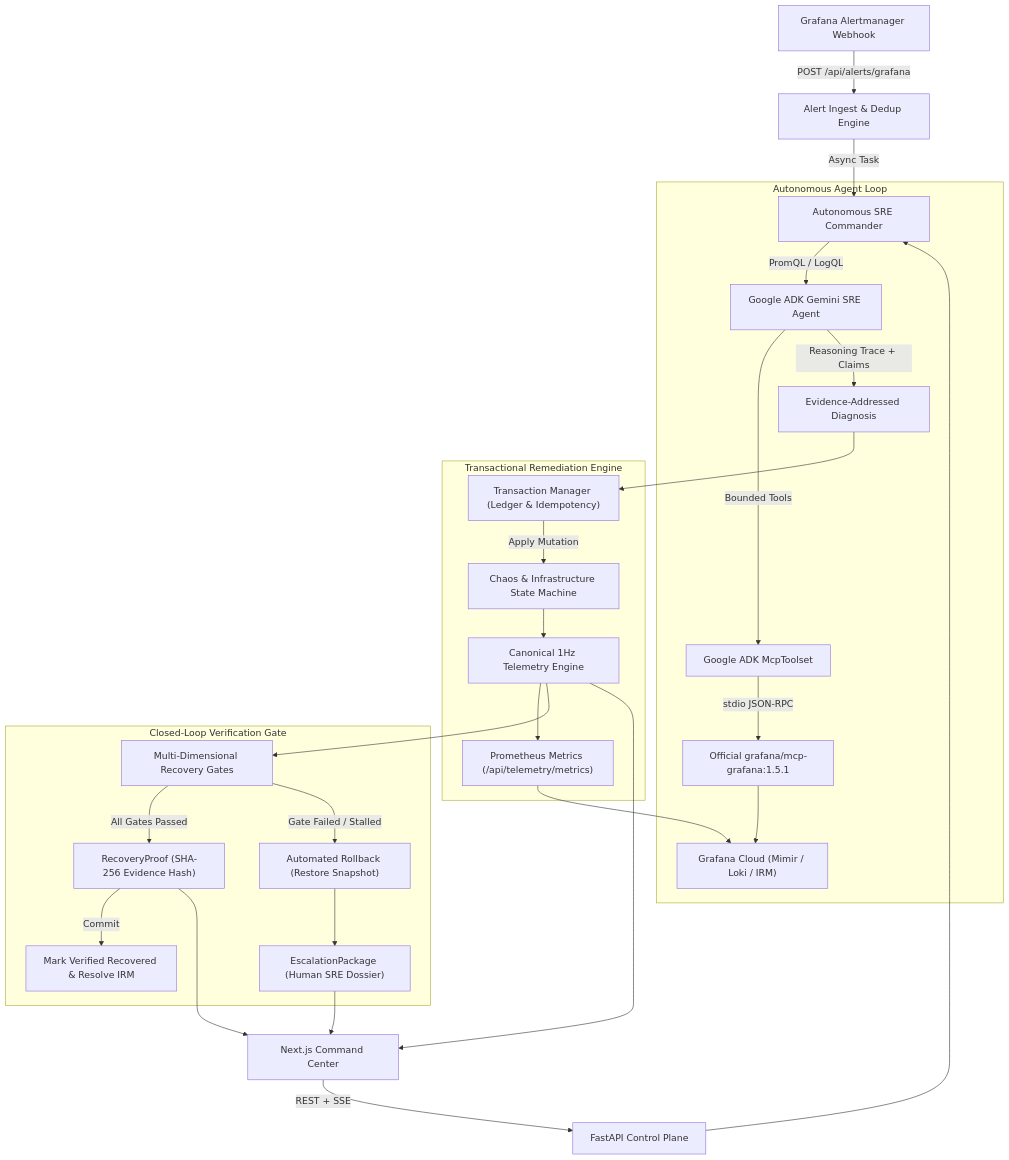
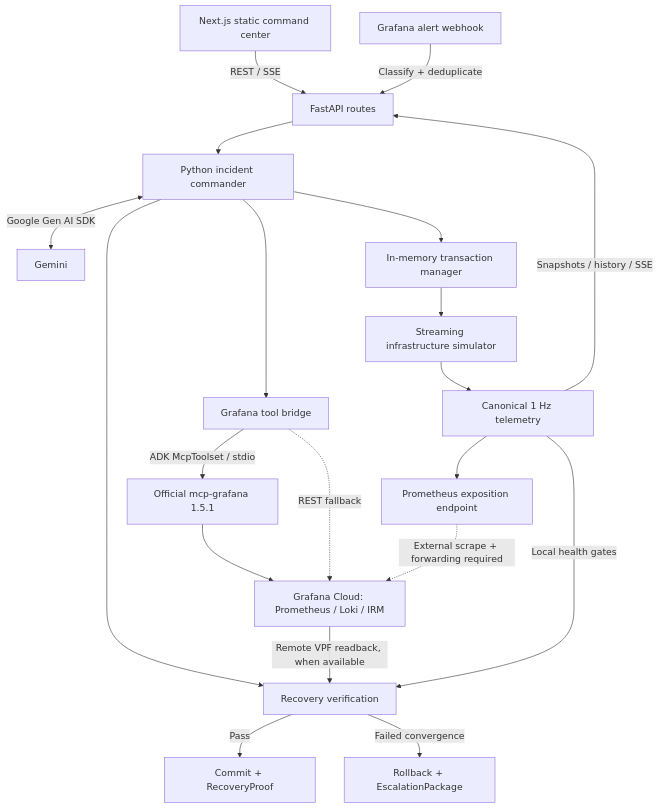
One commit to bobybarack/continuity-sre changed the diagram in README.md. Above: the diagram before and after it, drawn with Mermaid. The commit also changed other lines of this file and 4 other files, not shown here.

````diff
--- a/README.md
+++ b/README.md
@@ -72,35 +34,22 @@
 ```mermaid
 flowchart TD
-    WEBHOOK["Grafana Alertmanager Webhook"] -->|"POST /api/alerts/grafana"| ALERTS["Alert Ingest & Dedup Engine"]
-    UI["Next.js Command Center"] -->|"REST + SSE"| API["FastAPI Control Plane"]
-    ALERTS -->|"Async Task"| COMMANDER["Autonomous SRE Commander"]
-    API --> COMMANDER
-
-    subgraph Autonomous Agent Loop
-        COMMANDER -->|"PromQL / LogQL"| ADK_AGENT["Google ADK Gemini SRE Agent"]
-        ADK_AGENT -->|"Bounded Tools"| MCP_TOOLSET["Google ADK McpToolset"]
-        MCP_TOOLSET -->|"stdio JSON-RPC"| MCP_BIN["Official grafana/mcp-grafana:1.5.1"]
-        MCP_BIN --> GRAFANA_CLOUD["Grafana Cloud (Mimir / Loki / IRM)"]
-        ADK_AGENT -->|"Reasoning Trace + Claims"| DIAGNOSIS["Evidence-Addressed Diagnosis"]
-    end
-
-    subgraph Transactional Remediation Engine
-        DIAGNOSIS --> TX_MGR["Transaction Manager (Ledger & Idempotency)"]
-        TX_MGR -->|"Apply Mutation"| CHAOS["Chaos & Infrastructure State Machine"]
-        CHAOS --> TELEMETRY["Canonical 1Hz Telemetry Engine"]
-        TELEMETRY --> PROM_METRICS["Prometheus Metrics (/api/telemetry/metrics)"]
-    end
-
-    subgraph Closed-Loop Verification Gate
-        TELEMETRY --> GATES["Multi-Dimensional Recovery Gates"]
-        GATES -->|"All Gates Passed"| PROOF["RecoveryProof (SHA-256 Evidence Hash)"]
-        PROOF -->|"Commit"| COMMITTED["Mark Verified Recovered & Resolve IRM"]
-        GATES -->|"Gate Failed / Stalled"| ROLLBACK["Automated Rollback (Restore Snapshot)"]
-        ROLLBACK --> ESCALATION["EscalationPackage (Human SRE Dossier)"]
-    end
-
-    PROM_METRICS --> GRAFANA_CLOUD
-    TELEMETRY --> UI
-    PROOF --> UI
-    ESCALATION --> UI
+    UI["Next.js static command center"] -->|"REST / SSE"| API["FastAPI routes"]
+    ALERT["Grafana alert webhook"] -->|"Classify + deduplicate"| API
+    API --> COMMANDER["Python incident commander"]
+    COMMANDER <-->|"Google Gen AI SDK"| GEMINI["Gemini"]
+    COMMANDER --> BRIDGE["Grafana tool bridge"]
+    BRIDGE -->|"ADK McpToolset / stdio"| MCP["Official mcp-grafana 1.5.1"]
+    MCP --> GRAFANA["Grafana Cloud: Prometheus / Loki / IRM"]
+    BRIDGE -.->|"REST fallback"| GRAFANA
+    COMMANDER --> TX["In-memory transaction manager"]
+    TX --> SIM["Streaming infrastructure simulator"]
+    SIM --> TEL["Canonical 1 Hz telemetry"]
+    TEL -->|"Snapshots / history / SSE"| API
+    TEL --> METRICS["Prometheus exposition endpoint"]
+    METRICS -.->|"External scrape + forwarding required"| GRAFANA
+    COMMANDER --> VERIFY["Recovery verification"]
+    GRAFANA -->|"Remote VPF readback, when available"| VERIFY
+    TEL -->|"Local health gates"| VERIFY
+    VERIFY -->|"Pass"| PROOF["Commit + RecoveryProof"]
+    VERIFY -->|"Failed convergence"| ROLLBACK["Rollback + EscalationPackage"]
 ```
````
